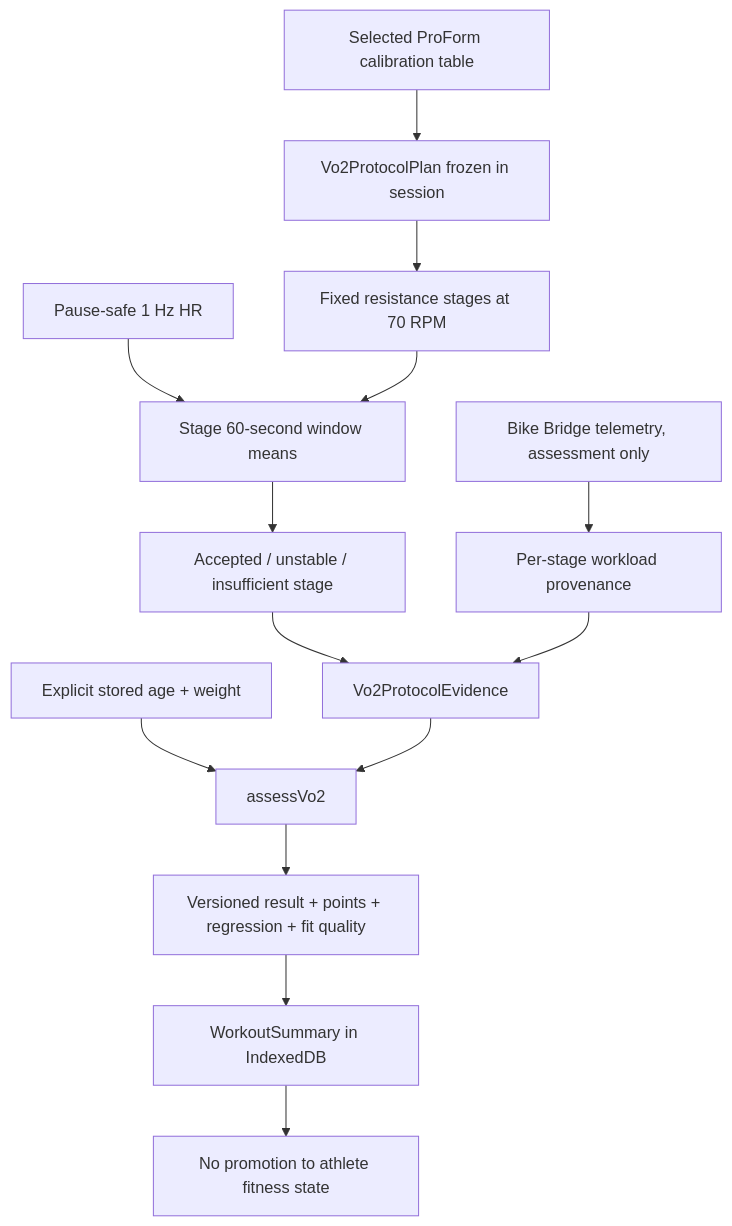
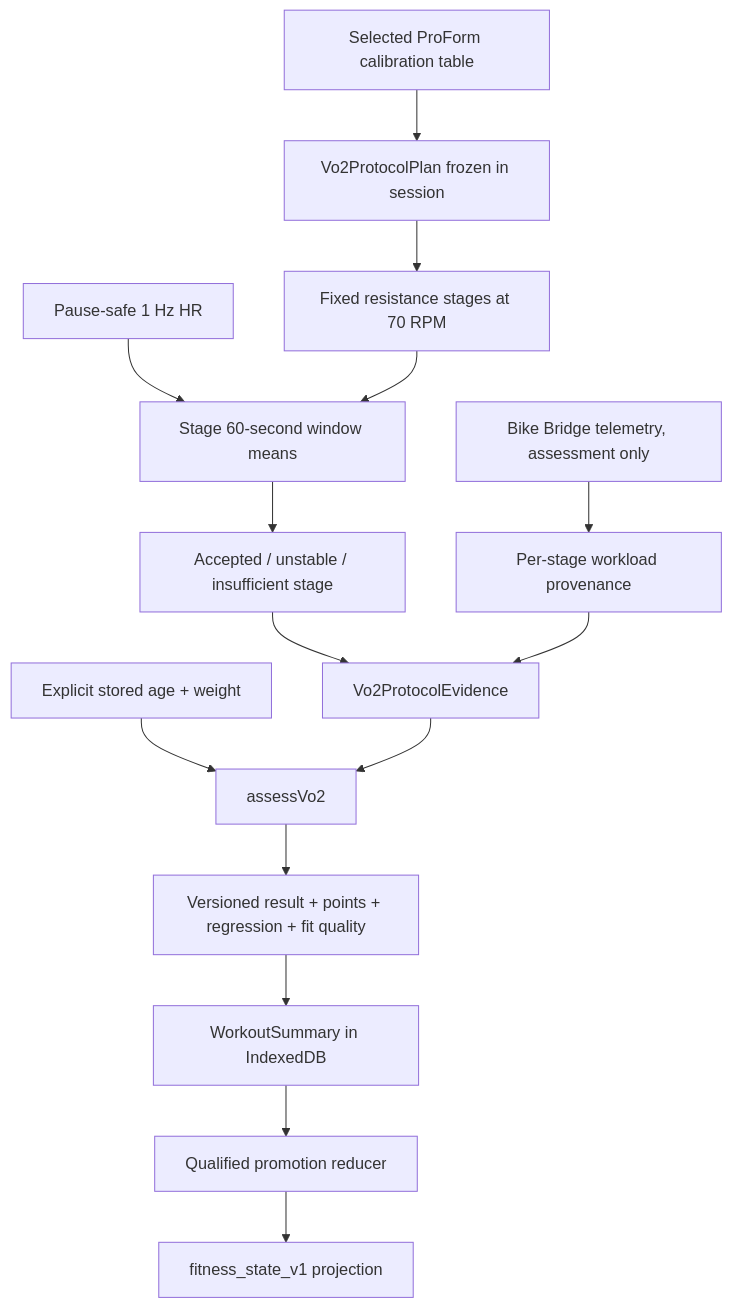
The third of 3 diagrams in docs/adaptive-training-architecture-review.md (markrai/sisu-trainer), drawn with Mermaid before and after one commit. The commit also changed other lines of this file and 28 other files, not shown here.

````diff
--- a/docs/adaptive-training-architecture-review.md
+++ b/docs/adaptive-training-architecture-review.md
@@ -233,16 +236,17 @@
 ```mermaid
 flowchart TD
     A["Selected ProForm calibration table"] --> B["Vo2ProtocolPlan frozen in session"]
     B --> C["Fixed resistance stages at 70 RPM"]
     D["Pause-safe 1 Hz HR"] --> E["Stage 60-second window means"]
     C --> E
     E --> F["Accepted / unstable / insufficient stage"]
     G["Bike Bridge telemetry, assessment only"] --> H["Per-stage workload provenance"]
     F --> I["Vo2ProtocolEvidence"]
     H --> I
     J["Explicit stored age + weight"] --> K["assessVo2"]
     I --> K
     K --> L["Versioned result + points + regression + fit quality"]
     L --> M["WorkoutSummary in IndexedDB"]
-    M --> N["No promotion to athlete fitness state"]
+    M --> N["Qualified promotion reducer"]
+    N --> O["fitness_state_v1 projection"]
 ```
````
